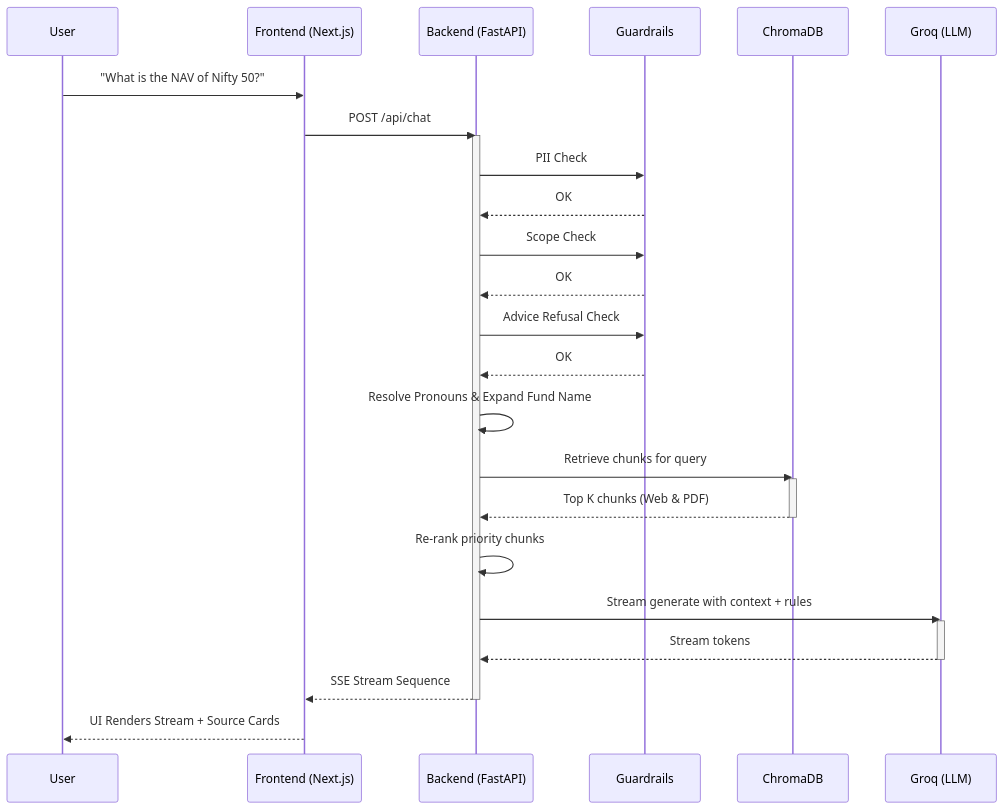
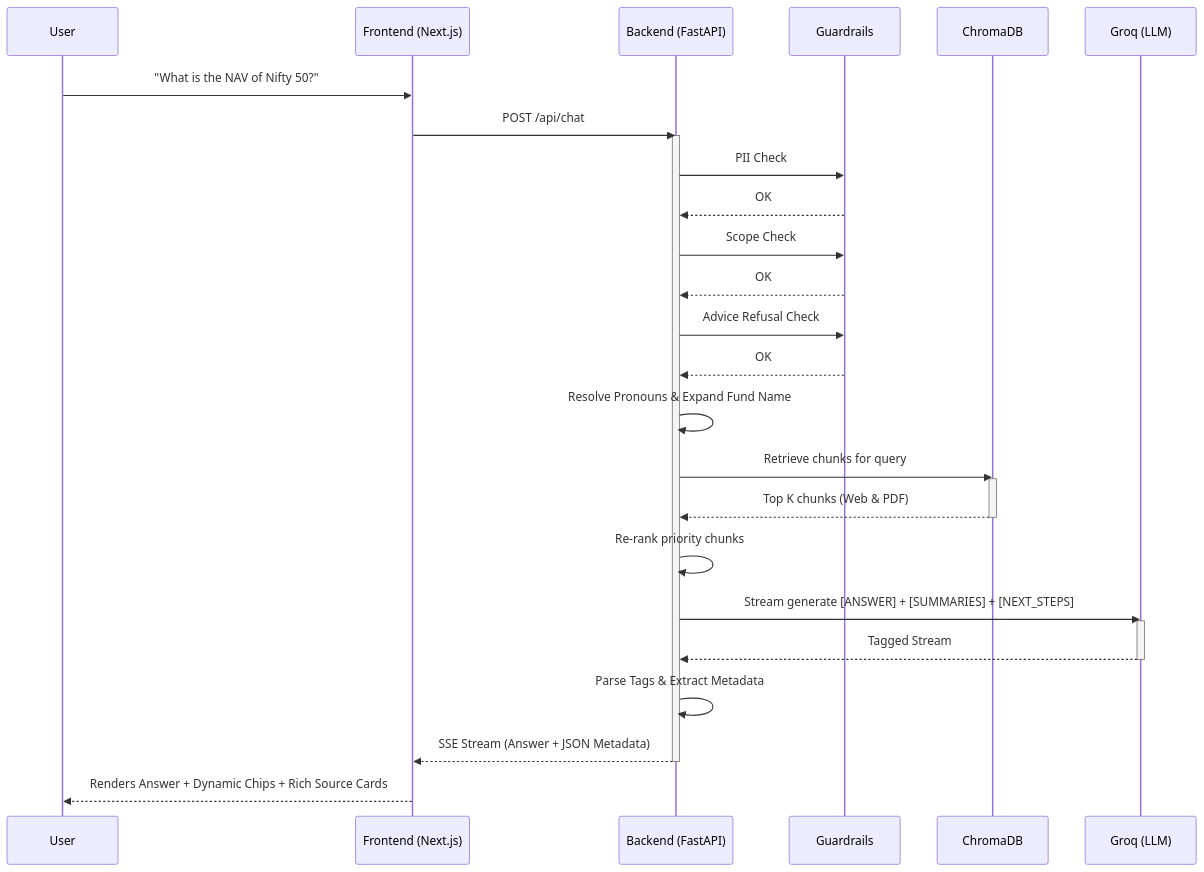
Before and after one commit to mkrishkmr/ai-rag-chatbot-v1: the diagram in docs/architecture/overview.md, drawn with Mermaid. The commit also changed other lines of this file and 14 other files, not shown here.

````diff
--- a/docs/architecture/overview.md
+++ b/docs/architecture/overview.md
@@ -7,41 +7,43 @@
 ```mermaid
 sequenceDiagram
     participant User
     participant Frontend (Next.js)
     participant Backend (FastAPI)
     participant Guardrails
     participant ChromaDB
     participant Groq (LLM)
     
     User->>Frontend (Next.js): "What is the NAV of Nifty 50?"
     Frontend (Next.js)->>Backend (FastAPI): POST /api/chat
     
     activate Backend (FastAPI)
     Backend (FastAPI)->>Guardrails: PII Check
     Guardrails-->>Backend (FastAPI): OK
     
     Backend (FastAPI)->>Guardrails: Scope Check
     Guardrails-->>Backend (FastAPI): OK
     
     Backend (FastAPI)->>Guardrails: Advice Refusal Check
     Guardrails-->>Backend (FastAPI): OK
     
     Backend (FastAPI)->>Backend (FastAPI): Resolve Pronouns & Expand Fund Name
     
     Backend (FastAPI)->>ChromaDB: Retrieve chunks for query
     activate ChromaDB
     ChromaDB-->>Backend (FastAPI): Top K chunks (Web & PDF)
     deactivate ChromaDB
     
     Backend (FastAPI)->>Backend (FastAPI): Re-rank priority chunks
     
-    Backend (FastAPI)->>Groq (LLM): Stream generate with context + rules
+    Backend (FastAPI)->>Groq (LLM): Stream generate [ANSWER] + [SUMMARIES] + [NEXT_STEPS]
     activate Groq (LLM)
-    Groq (LLM)-->>Backend (FastAPI): Stream tokens
+    Groq (LLM)-->>Backend (FastAPI): Tagged Stream
     deactivate Groq (LLM)
     
-    Backend (FastAPI)-->>Frontend (Next.js): SSE Stream Sequence
+    Backend (FastAPI)->>Backend (FastAPI): Parse Tags & Extract Metadata
+    
+    Backend (FastAPI)-->>Frontend (Next.js): SSE Stream (Answer + JSON Metadata)
     deactivate Backend (FastAPI)
     
-    Frontend (Next.js)-->>User: UI Renders Stream + Source Cards
+    Frontend (Next.js)-->>User: Renders Answer + Dynamic Chips + Rich Source Cards
 ```
````
